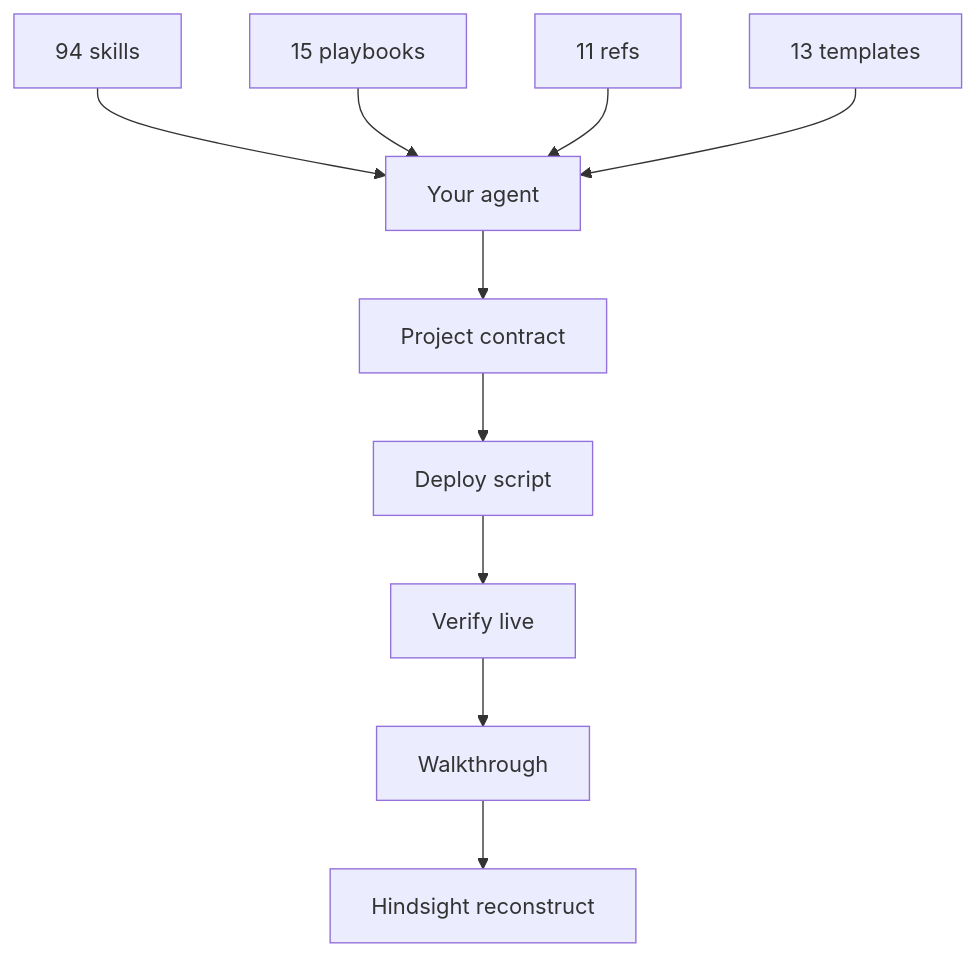
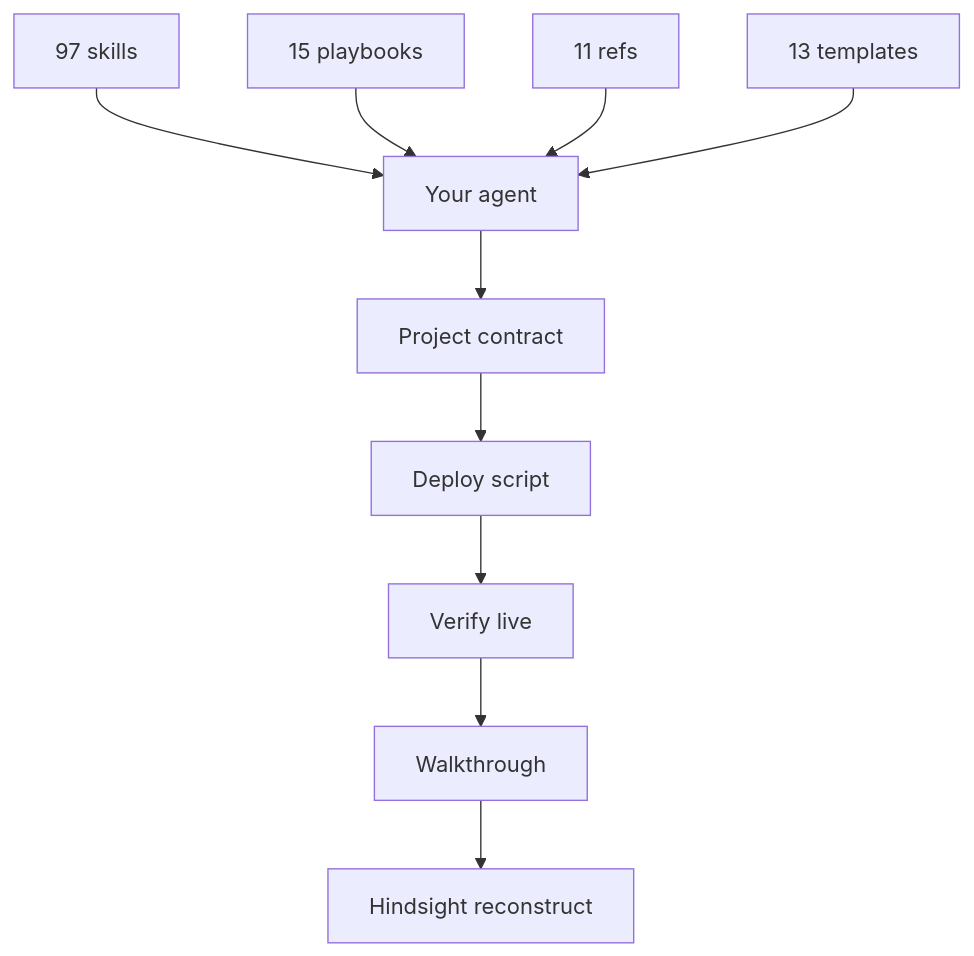
The third of 3 diagrams in README.md (Nonarkara/dr-non-vibecoding-skills), drawn with Mermaid before and after one commit. The commit also changed other lines of this file and 7 other files, not shown here.

````diff
--- a/README.md
+++ b/README.md
@@ -371,12 +371,12 @@
 ```mermaid
 flowchart TB
-  S["94 skills"] --> A["Your agent"]
+  S["97 skills"] --> A["Your agent"]
   P["15 playbooks"] --> A
   R["11 refs"] --> A
   T["13 templates"] --> A
   A --> W["Project contract"]
   W --> D["Deploy script"]
   D --> V["Verify live"]
   V --> H["Walkthrough"]
   H --> L["Hindsight reconstruct"]
 ```
````
